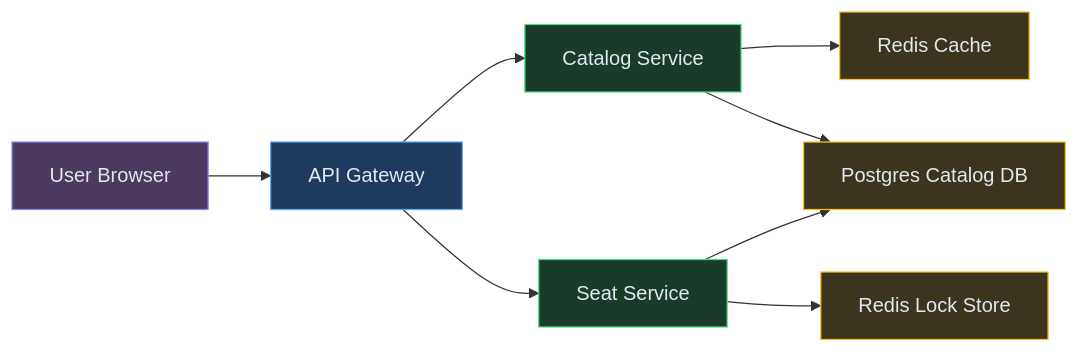
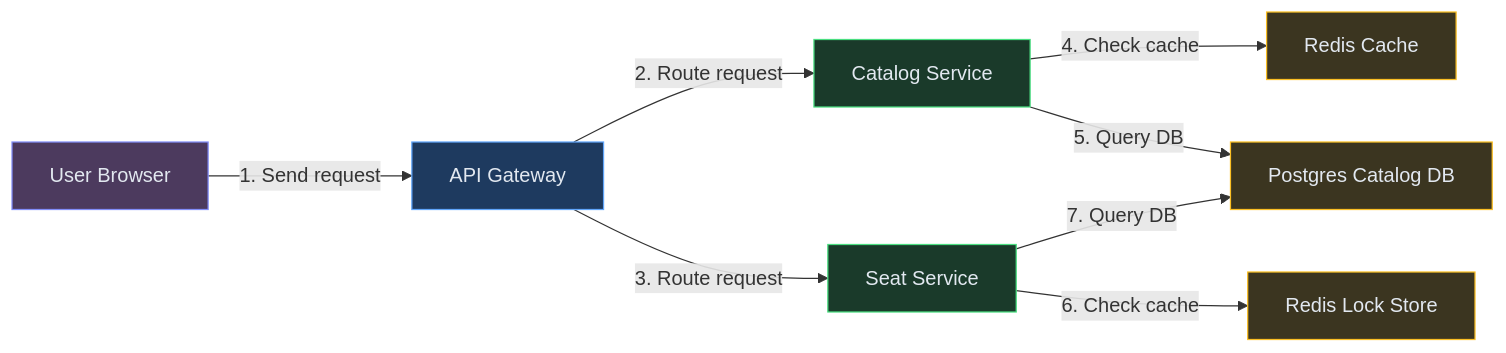
One commit to iluzn/HLD-Designs changed the second of 11 diagrams in content/hld/BookMyShow.md. Above: the diagram before and after it, drawn with Mermaid. The commit also changed other lines of this file and 27 other files, not shown here.

````diff
--- a/content/hld/BookMyShow.md
+++ b/content/hld/BookMyShow.md
@@ -195,23 +195,23 @@
 ```mermaid
 flowchart LR
     User["User Browser"]:::client
     GW["API Gateway"]:::edge
     CAT["Catalog Service"]:::service
     SS["Seat Service"]:::service
     RC["Redis Cache"]:::data
     DB["Postgres Catalog DB"]:::data
     RL["Redis Lock Store"]:::data
 
-    User --> GW
-    GW --> CAT
-    GW --> SS
-    CAT --> RC
-    CAT --> DB
-    SS --> RL
-    SS --> DB
+    User -->|"1. Send request"| GW
+    GW -->|"2. Route request"| CAT
+    GW -->|"3. Route request"| SS
+    CAT -->|"4. Check cache"| RC
+    CAT -->|"5. Query DB"| DB
+    SS -->|"6. Check cache"| RL
+    SS -->|"7. Query DB"| DB
 
     classDef client fill:#4c3a5e,stroke:#818cf8,color:#e2e8f0
     classDef edge fill:#1e3a5f,stroke:#60a5fa,color:#e2e8f0
     classDef service fill:#1a3a2a,stroke:#4ade80,color:#e2e8f0
     classDef data fill:#3b3520,stroke:#fbbf24,color:#e2e8f0
 ```
````
